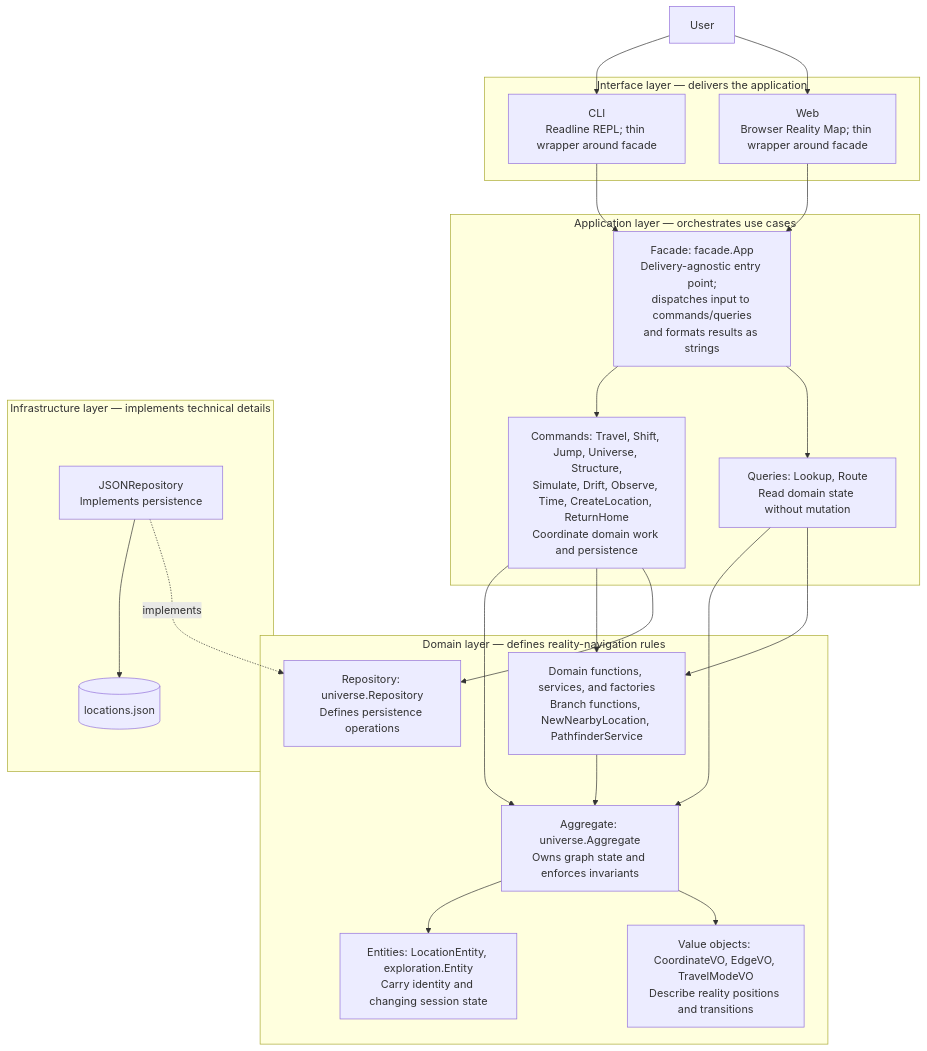
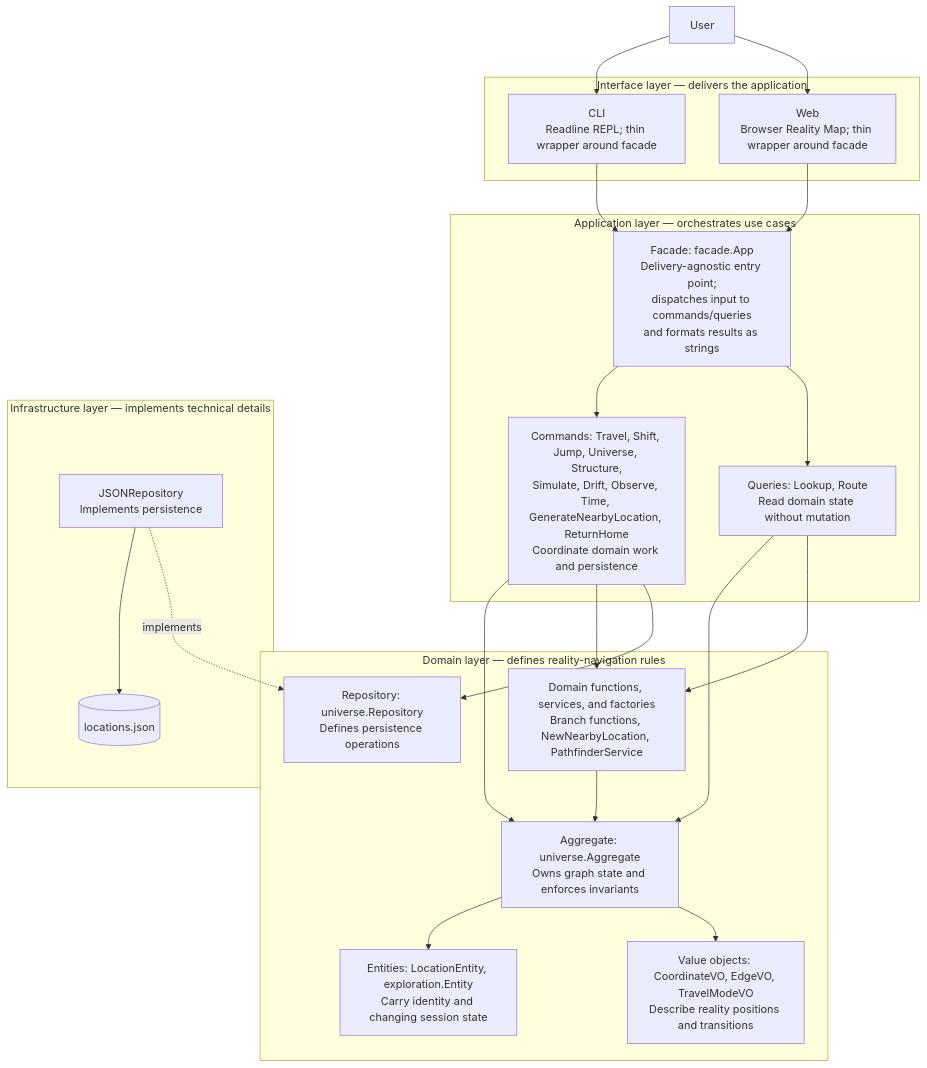
The diagram in docs/DDD.md (petherin/onto), drawn with Mermaid before and after one commit. The commit also changed 15 other files, not shown here.

````diff
--- a/docs/DDD.md
+++ b/docs/DDD.md
@@ -31,43 +31,43 @@
 ```mermaid
 flowchart TB
     subgraph Domain["Domain layer — defines reality-navigation rules"]
         Aggregate["Aggregate: universe.Aggregate<br/>Owns graph state and enforces invariants"]
         Entities["Entities: LocationEntity, exploration.Entity<br/>Carry identity and changing session state"]
         Values["Value objects: CoordinateVO, EdgeVO, TravelModeVO<br/>Describe reality positions and transitions"]
         Services["Domain functions, services, and factories<br/>Branch functions, NewNearbyLocation, PathfinderService"]
         Repository["Repository: universe.Repository<br/>Defines persistence operations"]
         Aggregate --> Entities
         Aggregate --> Values
         Services --> Aggregate
     end
 
     subgraph Application["Application layer — orchestrates use cases"]
         Facade["Facade: facade.App<br/>Delivery-agnostic entry point;<br/>dispatches input to commands/queries<br/>and formats results as strings"]
-        Commands["Commands: Travel, Shift, Jump, Universe, Structure,<br/>Simulate, Drift, Observe, Time, CreateLocation, ReturnHome<br/>Coordinate domain work and persistence"]
+        Commands["Commands: Travel, Shift, Jump, Universe, Structure,<br/>Simulate, Drift, Observe, Time, GenerateNearbyLocation, ReturnHome<br/>Coordinate domain work and persistence"]
         Queries["Queries: Lookup, Route<br/>Read domain state without mutation"]
         Facade --> Commands
         Facade --> Queries
     end
 
     subgraph Interface["Interface layer — delivers the application"]
         CLI["CLI<br/>Readline REPL; thin wrapper around facade"]
         WEB["Web<br/>Browser Reality Map; thin wrapper around facade"]
     end
 
     subgraph Infrastructure["Infrastructure layer — implements technical details"]
         JSON["JSONRepository<br/>Implements persistence"]
         Data[(locations.json)]
         JSON --> Data
     end
 
     User[User] --> CLI
     User --> WEB
     CLI --> Facade
     WEB --> Facade
     Commands --> Aggregate
     Commands --> Services
     Commands --> Repository
     Queries --> Aggregate
     Queries --> Services
     JSON -. implements .-> Repository
 ```
````
